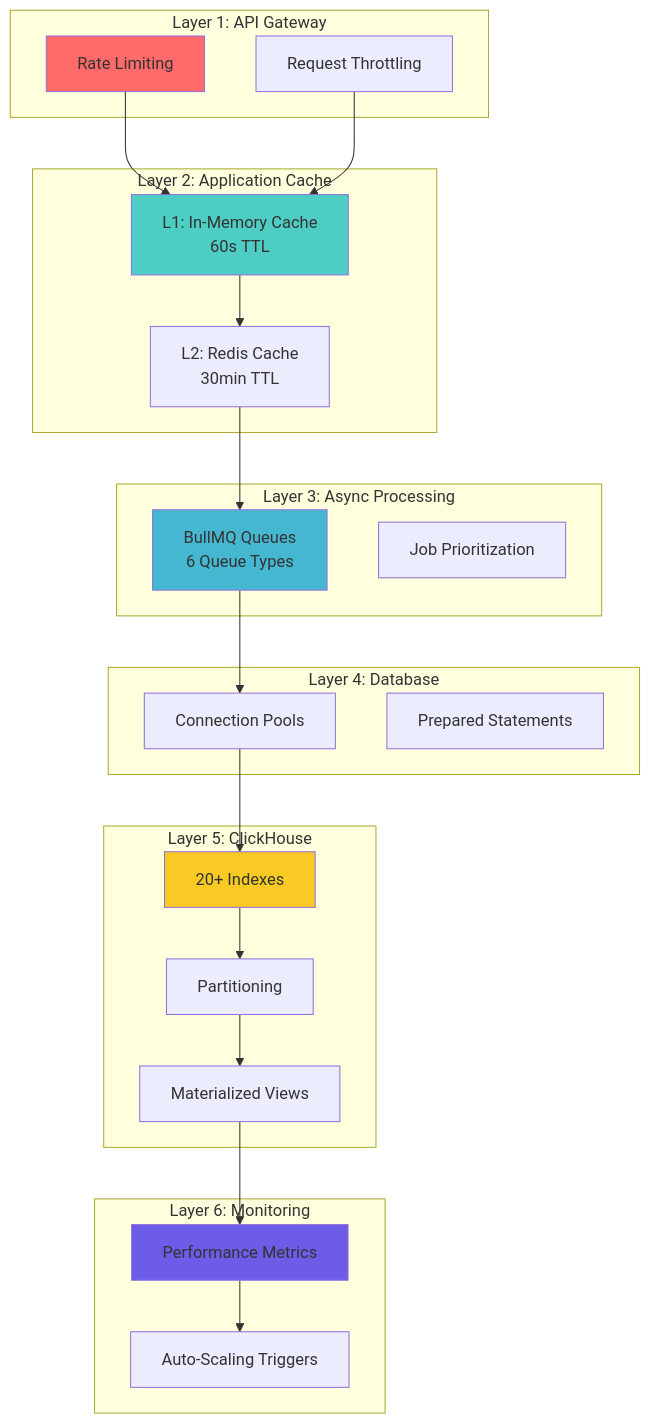
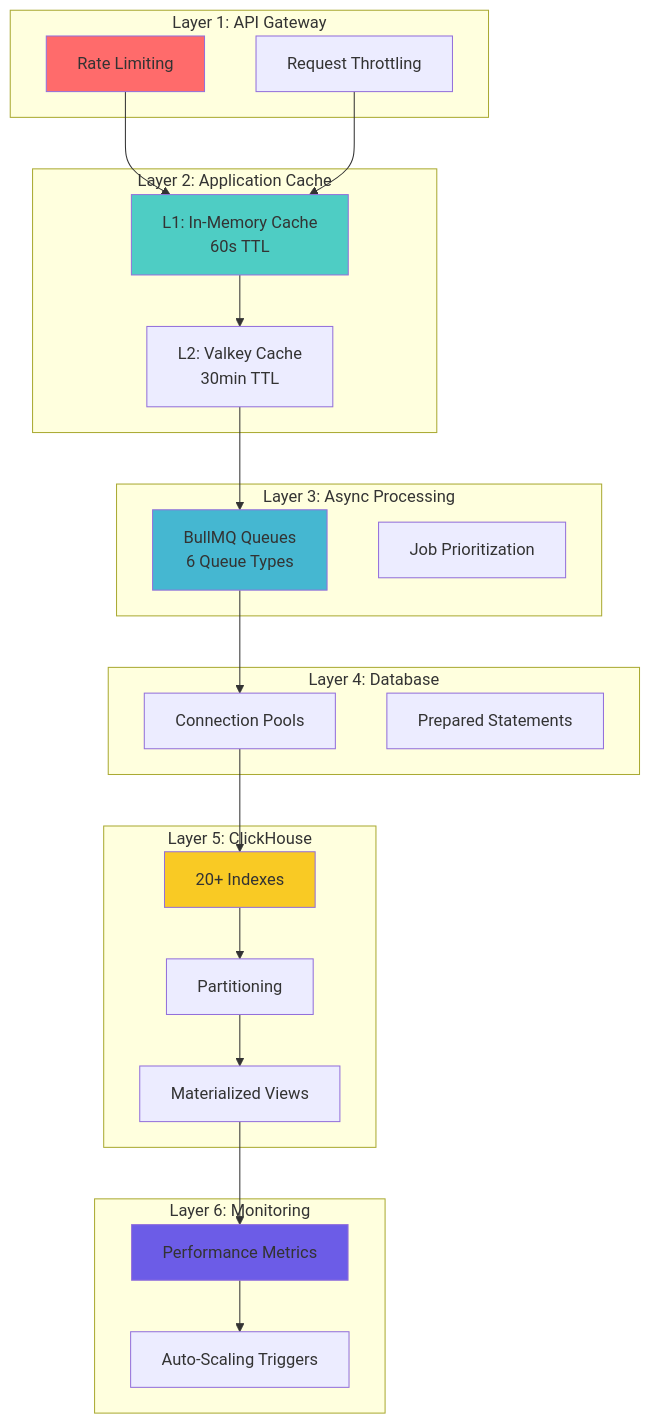
One commit to telemetryflow/telemetryflow-overview changed the first of 54 diagrams in architecture/05-PERFORMANCE.md. Above: the diagram before and after it, drawn with Mermaid. The commit also changed other lines of this file and 23 other files, not shown here.

First line of the commit message:
docs: relabel Redis->Valkey in architecture/diagrams/prose (follow-up sweep)

````diff
--- a/architecture/05-PERFORMANCE.md
+++ b/architecture/05-PERFORMANCE.md
@@ -40,50 +40,50 @@
 ```mermaid
 graph TB
     subgraph "Layer 1: API Gateway"
         A[Rate Limiting]
         B[Request Throttling]
     end
 
     subgraph "Layer 2: Application Cache"
         C[L1: In-Memory Cache<br/>60s TTL]
-        D[L2: Redis Cache<br/>30min TTL]
+        D[L2: Valkey Cache<br/>30min TTL]
     end
 
     subgraph "Layer 3: Async Processing"
         E[BullMQ Queues<br/>6 Queue Types]
         F[Job Prioritization]
     end
 
     subgraph "Layer 4: Database"
         G[Connection Pools]
         H[Prepared Statements]
     end
 
     subgraph "Layer 5: ClickHouse"
         I[20+ Indexes]
         J[Partitioning]
         K[Materialized Views]
     end
 
     subgraph "Layer 6: Monitoring"
         L[Performance Metrics]
         M[Auto-Scaling Triggers]
     end
 
     A --> C
     B --> C
     C --> D
     D --> E
     E --> G
     G --> I
     I --> J
     J --> K
     K --> L
     L --> M
 
     style A fill:#ff6b6b
     style C fill:#4ecdc4
     style E fill:#45b7d1
     style I fill:#f9ca24
     style L fill:#6c5ce7
 ```
````
